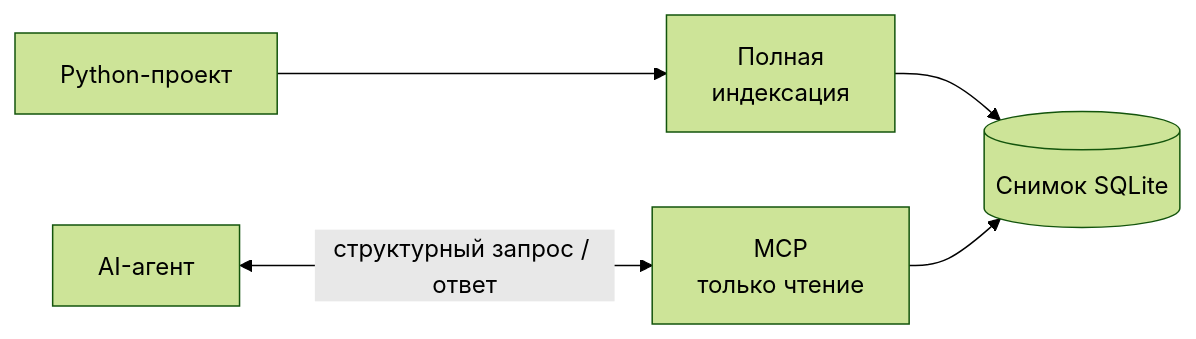
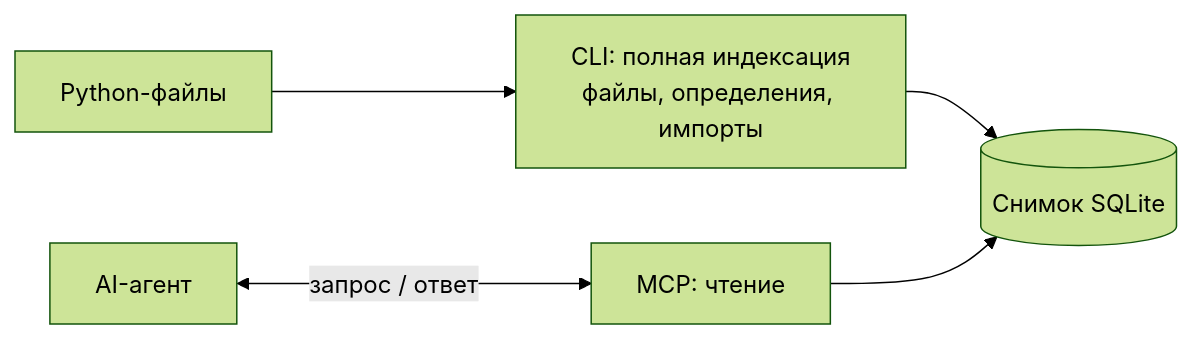
The first of 5 diagrams in PRESENTATION.md (Vkuvalin/project-kb), drawn with Mermaid (forest theme) before and after one commit. The commit also changed other lines of this file and 16 other files, not shown here.

````diff
--- a/PRESENTATION.md
+++ b/PRESENTATION.md
@@ -24,7 +58,7 @@
 ```mermaid
 flowchart LR
-    Repo["Python-проект"] --> Build["Полная<br/>индексация"]
+    Repo["Python-файлы"] --> Build["CLI: полная индексация<br/>файлы, определения, импорты"]
     Build --> Snapshot[("Снимок SQLite")]
-    Agent["AI-агент"] <-->|"структурный запрос / ответ"| MCP["MCP<br/>только чтение"]
+    Agent["AI-агент"] <-->|"запрос / ответ"| MCP["MCP: чтение"]
     MCP --> Snapshot
 ```
````
